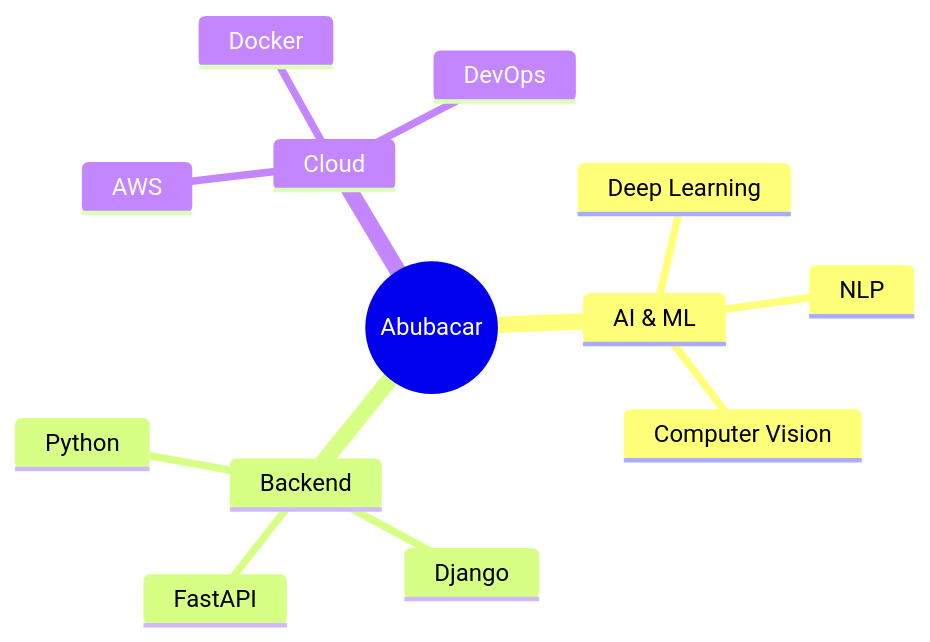
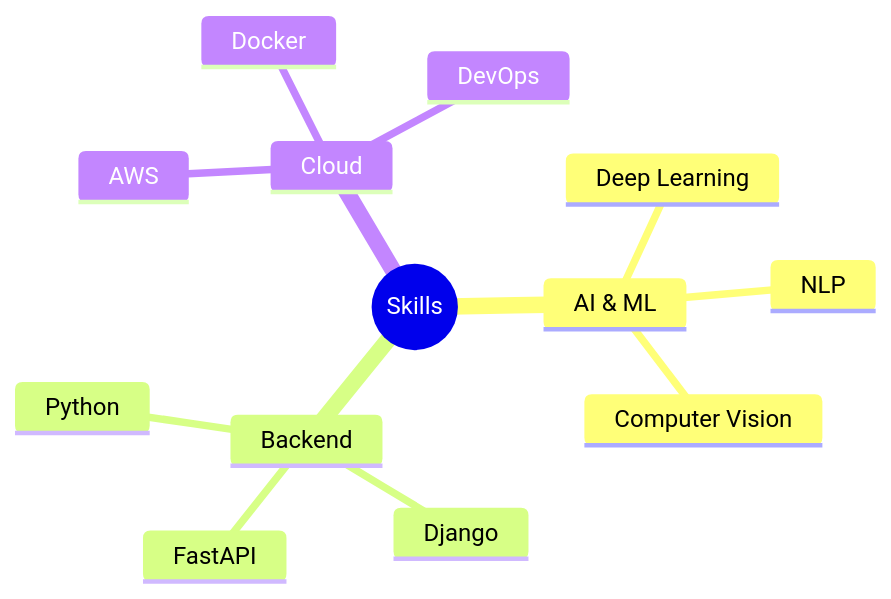
One commit to Abusooma/Abusooma changed the diagram in README.md. Above: the diagram before and after it, drawn with Mermaid. The commit also changed other lines of this file, not shown here.

````diff
--- a/README.md
+++ b/README.md
@@ -70,16 +26,16 @@
 ```mermaid
 mindmap
-  root((Abubacar))
+  root((Skills))
     AI & ML
       Deep Learning
       NLP
       Computer Vision
     Backend
       Python
       Django
       FastAPI
     Cloud
       AWS
       Docker
       DevOps
 ```
````
